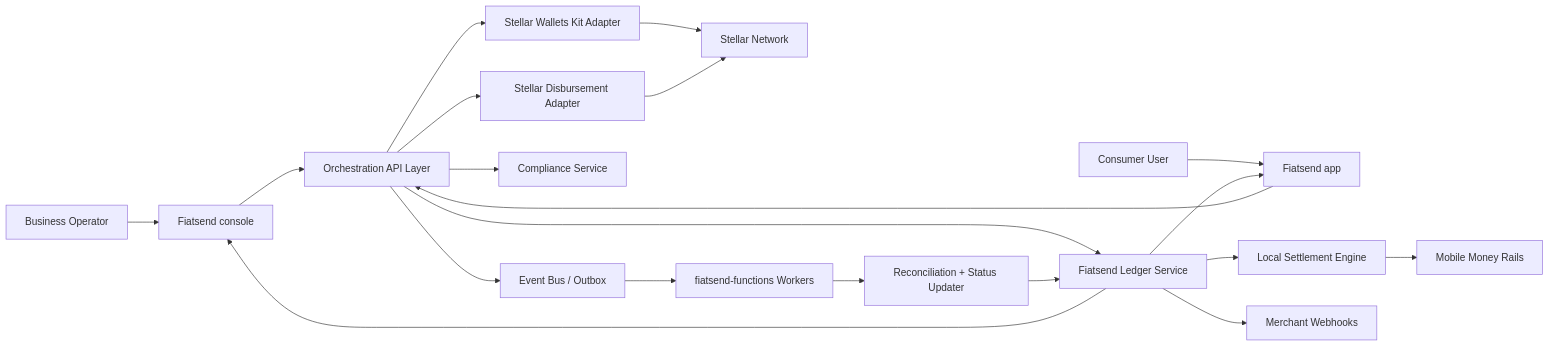
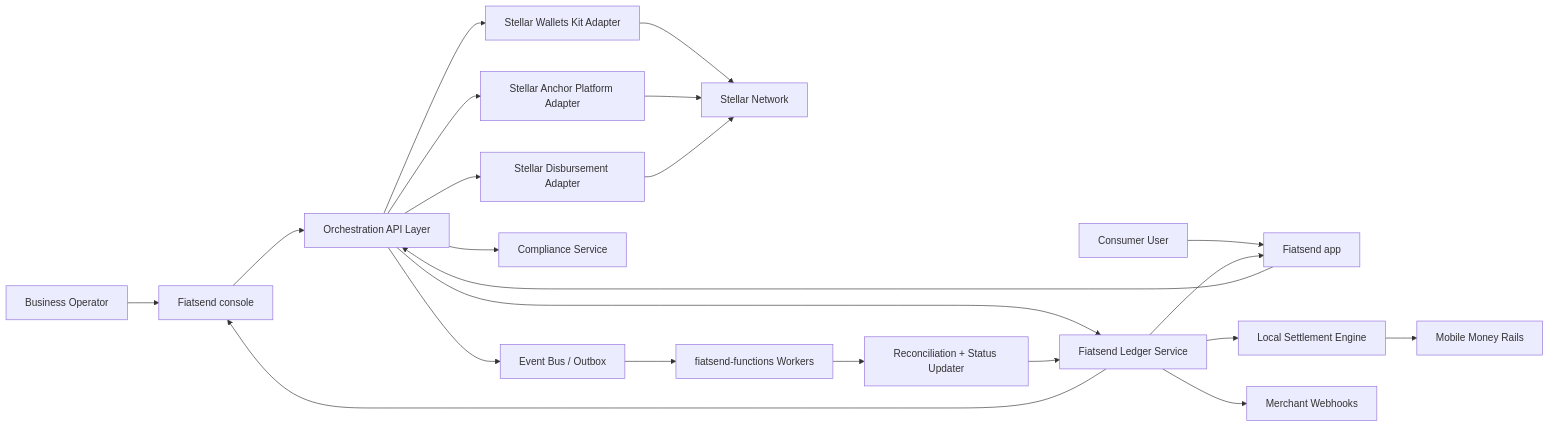
One commit to fiatsend/techical-achitecture changed the sixth of 15 diagrams in Fiatsend-Technical-Architecture-SCF43-Integration.md. Above: the diagram before and after it, drawn with Mermaid. The commit also changed other lines of this file, not shown here.

First line of the commit message:
Revise Fiatsend architecture for SEP-24 integration

````diff
--- a/Fiatsend-Technical-Architecture-SCF43-Integration.md
+++ b/Fiatsend-Technical-Architecture-SCF43-Integration.md
@@ -381,28 +387,30 @@
 ```mermaid
 flowchart LR
     B[Business Operator] --> C[Fiatsend console]
     U[Consumer User] --> M[Fiatsend app]
 
     C --> O[Orchestration API Layer]
     M --> O
 
     O --> WK[Stellar Wallets Kit Adapter]
+    O --> AP[Stellar Anchor Platform Adapter]
     O --> SDP[Stellar Disbursement Adapter]
     O --> LGR[Fiatsend Ledger Service]
     O --> CMP[Compliance Service]
     O --> EV[Event Bus / Outbox]
 
     WK --> ST[Stellar Network]
+    AP --> ST
     SDP --> ST
 
     EV --> FN[fiatsend-functions Workers]
     FN --> REC[Reconciliation + Status Updater]
     REC --> LGR
 
     LGR --> SET[Local Settlement Engine]
     SET --> MM[Mobile Money Rails]
 
     LGR --> WH[Merchant Webhooks]
     LGR --> C
     LGR --> M
 ```
````
